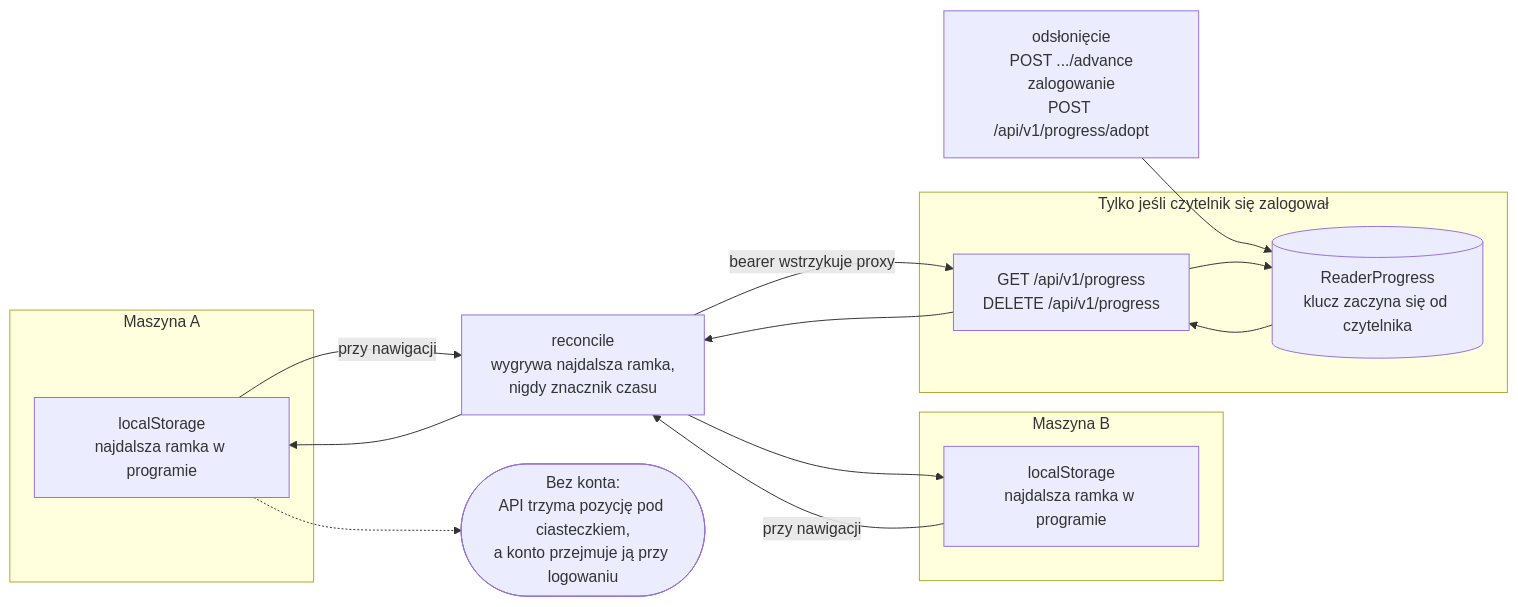
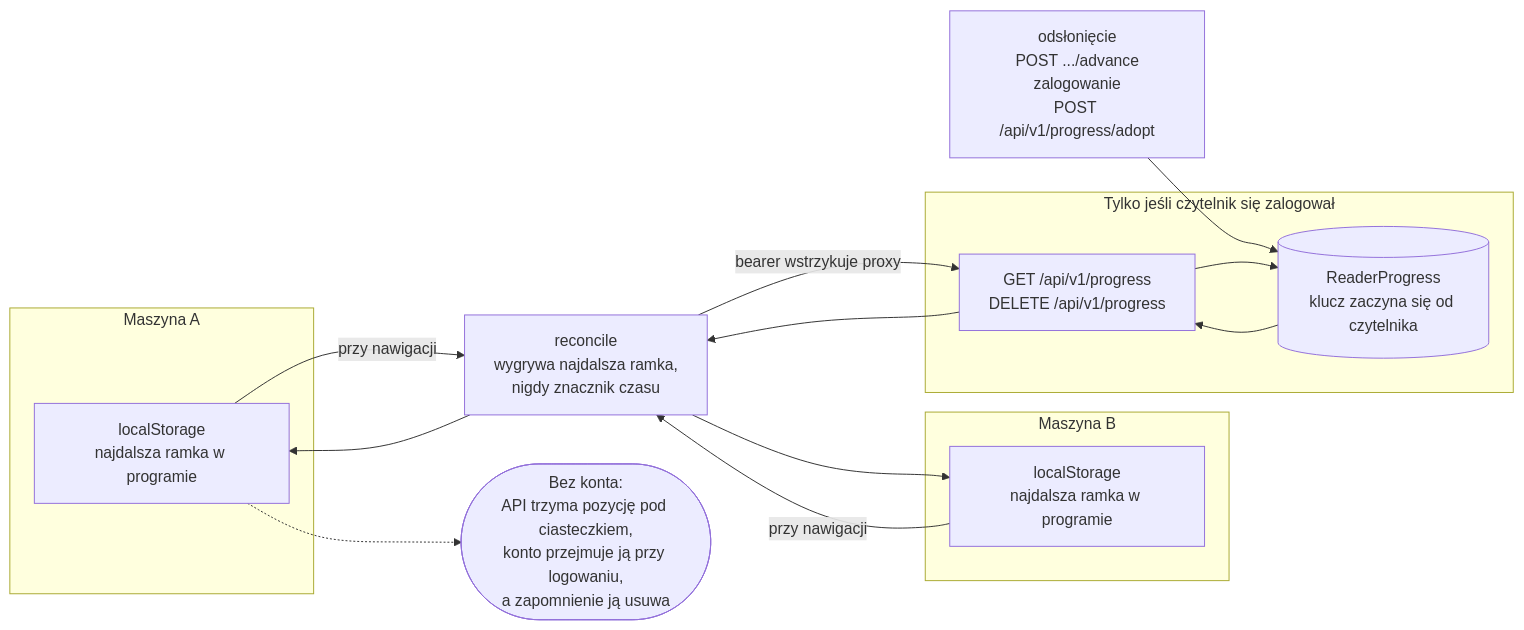
One commit to konradcinkusz/ab-ove changed the diagram in docs/diagrams/b4-position-not-progress.pl.mmd. Above: the diagram before and after it, drawn with Mermaid. The commit also changed 31 other files, not shown here.

```diff
--- a/docs/diagrams/b4-position-not-progress.pl.mmd
+++ b/docs/diagrams/b4-position-not-progress.pl.mmd
@@ -1,47 +1,50 @@
 %% Gdzie jest czytelnik: miejsce w lekturze, które nie jest postępem, i kto je trzyma.
 %% JEDEN DIAGRAM NA PLIK. UTF-8. Dlaczego nie ASCII: patrz a1-system-context.pl.mmd.
 
 %% POWIERZCHNIA LEKTURY POKAZUJE MIEJSCE, NIGDY POSTĘP (ADR-0041). Procent z książki o
 %% czterdziestu siedmiu programach jest liczbą o czytelniku, a ten produkt takich nie
 %% produkuje. Pasek nawigacji mówi, która to ramka z ilu, i otwiera mapę programu
 %% (ADR-0063).
 
-%% KONTO DOWIADUJE SIĘ O POZYCJI W LEKTURZE TYLKO Z WŁASNYCH ZAPISÓW API (ADR-0068).
-%% Odsłonięcie przesuwa kursor, pod którym czytelnik czyta, a zalogowanie przejmuje pozycje
-%% przeczytane bez konta. Kopia w przeglądarce jest podpowiedzią, gdzie wrócić (ADR-0060), i
-%% niczego kontu nie wysyła. Konto kupuje jedną rzecz: to samo miejsce na drugiej maszynie.
+%% PRZEGLĄDARKA NIE WYSYŁA KONTU ŻADNEJ POZYCJI W LEKTURZE (ADR-0068). To, co aplikacja
+%% webowa zapisuje na koncie, pochodzi z własnych zapisów API: odsłonięcie przesuwa kursor, pod
+%% którym czytelnik czyta, a zalogowanie przejmuje pozycje przeczytane bez konta. Kopia w
+%% przeglądarce jest podpowiedzią, gdzie wrócić (ADR-0060). Do czasu #171 web/mcp nadal podnosi
+%% pozycję na koncie przez PUT, co jest wierszem w rejestrze odstępstw. Zapomnienie sięga
+%% pozycji pod ciasteczkiem tak samo jak kopii w przeglądarce i na koncie. Konto kupuje jedną
+%% rzecz: to samo miejsce na drugiej maszynie.
 
 %% WYGRYWA NAJDALSZA RAMKA (ADR-0019). Dwie maszyny, które się nie zgadzają, to nie konflikt
 %% do rozstrzygnięcia znacznikiem czasu: czytelnik przeczytał do dalszej z dwóch, a
 %% uzgodnienie, które cofnęłoby go, straciłoby lekturę, którą odbył.
 
 flowchart LR
   subgraph m1["Maszyna A"]
     LA["localStorage<br/>najdalsza ramka w programie"]
   end
 
   subgraph m2["Maszyna B"]
     LB["localStorage<br/>najdalsza ramka w programie"]
   end
 
   subgraph server["Tylko jeśli czytelnik się zalogował"]
     API["GET /api/v1/progress<br/>DELETE /api/v1/progress"]
     RP[("ReaderProgress<br/>klucz zaczyna się od czytelnika")]
   end
 
   WRITES["odsłonięcie<br/>POST .../advance<br/>zalogowanie<br/>POST /api/v1/progress/adopt"]
 
   RECON["reconcile<br/>wygrywa najdalsza ramka,<br/>nigdy znacznik czasu"]
 
   LA -->|"przy nawigacji"| RECON
   LB -->|"przy nawigacji"| RECON
   RECON -->|"bearer wstrzykuje proxy"| API
   WRITES --> RP
   API --> RP
   RP --> API
   API --> RECON
   RECON --> LA
   RECON --> LB
 
-  NOACC(["Bez konta:<br/>API trzyma pozycję pod ciasteczkiem,<br/>a konto przejmuje ją przy logowaniu"])
+  NOACC(["Bez konta:<br/>API trzyma pozycję pod ciasteczkiem,<br/>konto przejmuje ją przy logowaniu,<br/>a zapomnienie ją usuwa"])
   LA -.-> NOACC
```
